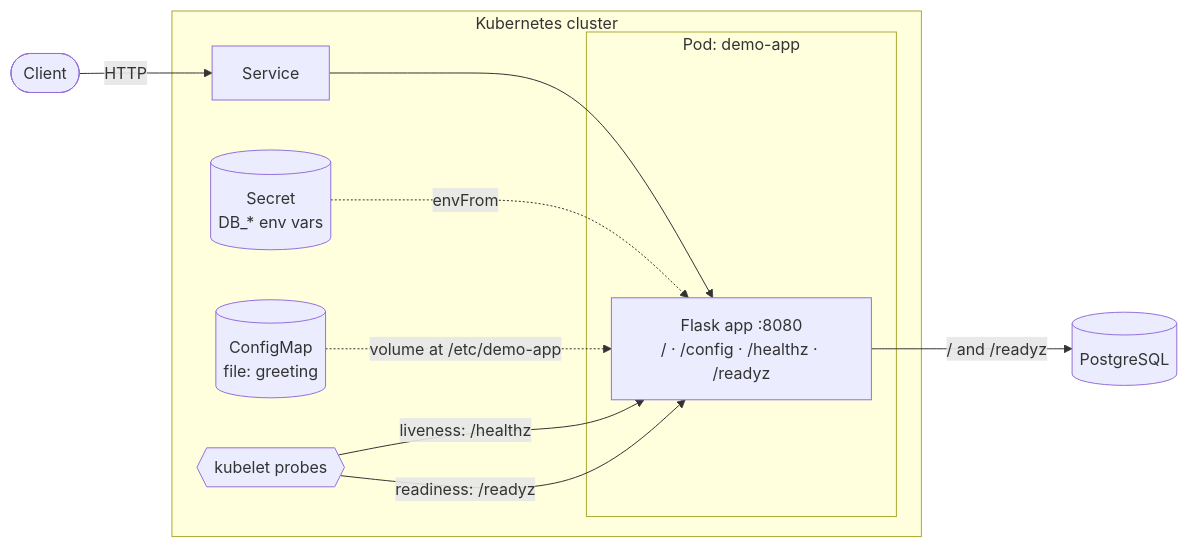
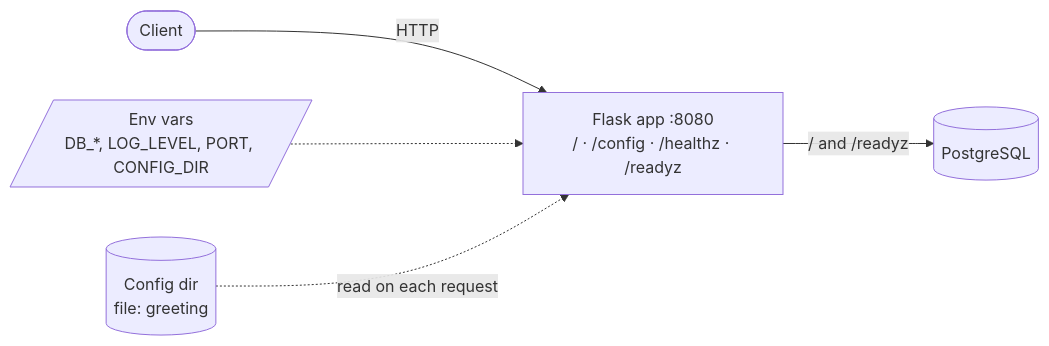
The diagram in README.md (pidanou/demo-app), drawn with Mermaid before and after one commit. The commit also changed other lines of this file, not shown here.

Commit message:
Remove Kubernetes-specific content from README

````diff
--- a/README.md
+++ b/README.md
@@ -9,23 +9,13 @@
 ```mermaid
 flowchart LR
     client([Client])
-
-    subgraph k8s[Kubernetes cluster]
-        svc[Service]
-        subgraph pod[Pod: demo-app]
-            app["Flask app :8080<br/>/ · /config · /healthz · /readyz"]
-        end
-        secret[(Secret<br/>DB_* env vars)]
-        cm[(ConfigMap<br/>file: greeting)]
-        kubelet{{kubelet probes}}
-    end
-
+    app["Flask app :8080<br/>/ · /config · /healthz · /readyz"]
+    env[/"Env vars<br/>DB_*, LOG_LEVEL, PORT, CONFIG_DIR"/]
+    files[("Config dir<br/>file: greeting")]
     db[(PostgreSQL)]
 
-    client -->|HTTP| svc --> app
-    secret -.->|envFrom| app
-    cm -.->|volume at /etc/demo-app| app
-    kubelet -->|liveness: /healthz| app
-    kubelet -->|readiness: /readyz| app
+    client -->|HTTP| app
+    env -.-> app
+    files -.->|read on each request| app
     app -->|"/ and /readyz"| db
 ```
````
